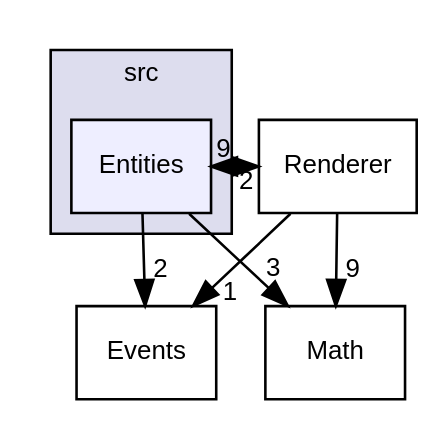
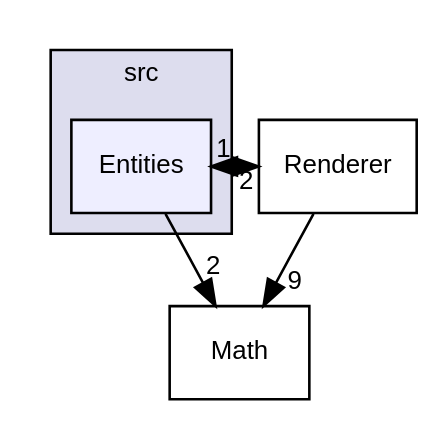
One commit to thomas-montano/RuneEngine changed the diagram in docs/dir_a6dbe2bf7366901804b0d2f01cc7db58_dep.dot. Above: the diagram before and after it, drawn with Graphviz. The commit also changed 559 other files, not shown here.

```diff
--- a/docs/dir_a6dbe2bf7366901804b0d2f01cc7db58_dep.dot
+++ b/docs/dir_a6dbe2bf7366901804b0d2f01cc7db58_dep.dot
@@ -1,18 +1,15 @@
 digraph "Entities" {
   compound=true
   node [ fontsize="10", fontname="Helvetica"];
   edge [ labelfontsize="10", labelfontname="Helvetica"];
   subgraph clusterdir_7c293338c1b03e9273a7bae543bf144e {
     graph [ bgcolor="#ddddee", pencolor="black", label="src" fontname="Helvetica", fontsize="10", URL="dir_7c293338c1b03e9273a7bae543bf144e.html"]
   dir_a6dbe2bf7366901804b0d2f01cc7db58 [shape=box, label="Entities", style="filled", fillcolor="#eeeeff", pencolor="black", URL="dir_a6dbe2bf7366901804b0d2f01cc7db58.html"];
   }
-  dir_aca97e77b28113db9b59dabc11ddfffe [shape=box label="Events" URL="dir_aca97e77b28113db9b59dabc11ddfffe.html"];
   dir_eafd5ecdb0e5cef02a9ddc8e5120b6ad [shape=box label="Math" URL="dir_eafd5ecdb0e5cef02a9ddc8e5120b6ad.html"];
   dir_f66403bd27d89288bd08c1170a853a4e [shape=box label="Renderer" URL="dir_f66403bd27d89288bd08c1170a853a4e.html"];
-  dir_f66403bd27d89288bd08c1170a853a4e->dir_aca97e77b28113db9b59dabc11ddfffe [headlabel="1", labeldistance=1.5 headhref="dir_000003_000004.html"];
-  dir_f66403bd27d89288bd08c1170a853a4e->dir_eafd5ecdb0e5cef02a9ddc8e5120b6ad [headlabel="9", labeldistance=1.5 headhref="dir_000003_000008.html"];
-  dir_f66403bd27d89288bd08c1170a853a4e->dir_a6dbe2bf7366901804b0d2f01cc7db58 [headlabel="2", labeldistance=1.5 headhref="dir_000003_000002.html"];
-  dir_a6dbe2bf7366901804b0d2f01cc7db58->dir_aca97e77b28113db9b59dabc11ddfffe [headlabel="2", labeldistance=1.5 headhref="dir_000002_000004.html"];
-  dir_a6dbe2bf7366901804b0d2f01cc7db58->dir_eafd5ecdb0e5cef02a9ddc8e5120b6ad [headlabel="3", labeldistance=1.5 headhref="dir_000002_000008.html"];
-  dir_a6dbe2bf7366901804b0d2f01cc7db58->dir_f66403bd27d89288bd08c1170a853a4e [headlabel="9", labeldistance=1.5 headhref="dir_000002_000003.html"];
+  dir_f66403bd27d89288bd08c1170a853a4e->dir_eafd5ecdb0e5cef02a9ddc8e5120b6ad [headlabel="9", labeldistance=1.5 headhref="dir_000003_000011.html"];
+  dir_f66403bd27d89288bd08c1170a853a4e->dir_a6dbe2bf7366901804b0d2f01cc7db58 [headlabel="2", labeldistance=1.5 headhref="dir_000003_000006.html"];
+  dir_a6dbe2bf7366901804b0d2f01cc7db58->dir_eafd5ecdb0e5cef02a9ddc8e5120b6ad [headlabel="2", labeldistance=1.5 headhref="dir_000006_000011.html"];
+  dir_a6dbe2bf7366901804b0d2f01cc7db58->dir_f66403bd27d89288bd08c1170a853a4e [headlabel="1", labeldistance=1.5 headhref="dir_000006_000003.html"];
 }
```
